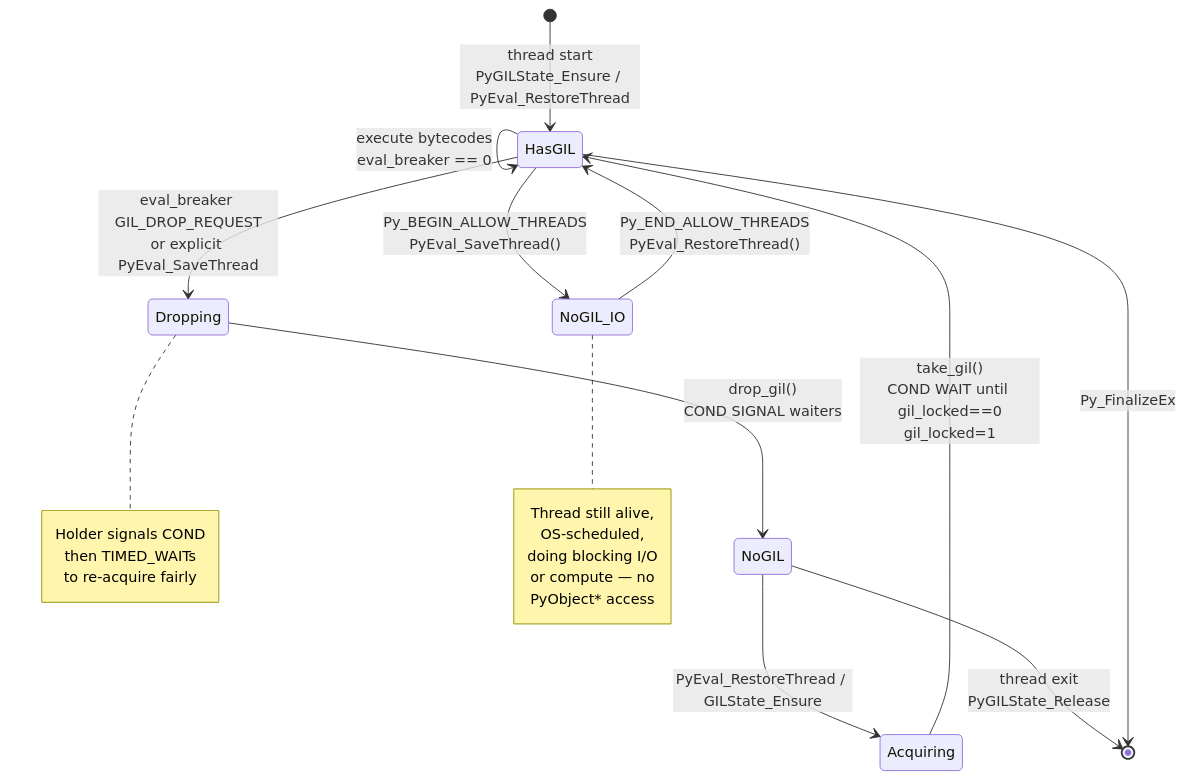
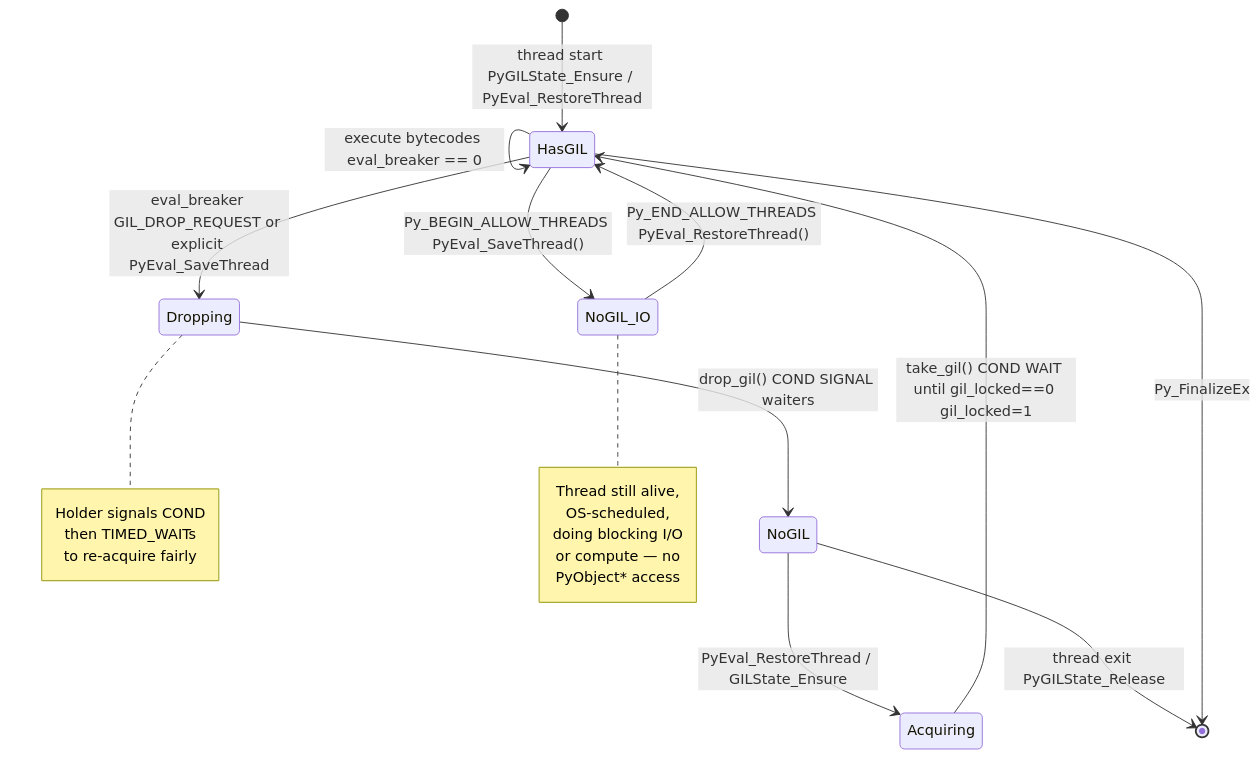
The second of 8 diagrams in vol-16-python-cpython-internals/ch05-gil.md (bumbsclaw/textbooks), drawn with Mermaid before and after one commit. The commit also changed other lines of this file and 9 other files, not shown here.

First line of the commit message:
fix(pdf, mermaid): syntax-highlighted code blocks + diagram label fixes

````diff
--- a/vol-16-python-cpython-internals/ch05-gil.md
+++ b/vol-16-python-cpython-internals/ch05-gil.md
@@ -222,26 +222,26 @@
 ```mermaid
 stateDiagram-v2
-    [*] --> HasGIL: thread start<br/>PyGILState_Ensure / PyEval_RestoreThread
-    HasGIL --> HasGIL: execute bytecodes<br/>eval_breaker == 0
-    HasGIL --> Dropping: eval_breaker GIL_DROP_REQUEST<br/>or explicit PyEval_SaveThread
-    Dropping --> NoGIL: drop_gil()<br/>COND SIGNAL waiters
+    [*] --> HasGIL: thread start PyGILState_Ensure / PyEval_RestoreThread
+    HasGIL --> HasGIL: execute bytecodes eval_breaker == 0
+    HasGIL --> Dropping: eval_breaker GIL_DROP_REQUEST or explicit PyEval_SaveThread
+    Dropping --> NoGIL: drop_gil() COND SIGNAL waiters
     NoGIL --> Acquiring: PyEval_RestoreThread / GILState_Ensure
-    Acquiring --> HasGIL: take_gil()<br/>COND WAIT until gil_locked==0<br/>gil_locked=1
-    HasGIL --> NoGIL_IO: Py_BEGIN_ALLOW_THREADS<br/>PyEval_SaveThread()
-    NoGIL_IO --> HasGIL: Py_END_ALLOW_THREADS<br/>PyEval_RestoreThread()
-    NoGIL --> [*]: thread exit<br/>PyGILState_Release
+    Acquiring --> HasGIL: take_gil() COND WAIT until gil_locked==0 gil_locked=1
+    HasGIL --> NoGIL_IO: Py_BEGIN_ALLOW_THREADS PyEval_SaveThread()
+    NoGIL_IO --> HasGIL: Py_END_ALLOW_THREADS PyEval_RestoreThread()
+    NoGIL --> [*]: thread exit PyGILState_Release
     HasGIL --> [*]: Py_FinalizeEx
 
     note right of Dropping
         Holder signals COND
         then TIMED_WAITs
         to re-acquire fairly
     end note
     note right of NoGIL_IO
         Thread still alive,
         OS-scheduled,
         doing blocking I/O
         or compute — no
         PyObject* access
     end note
 ```
````
